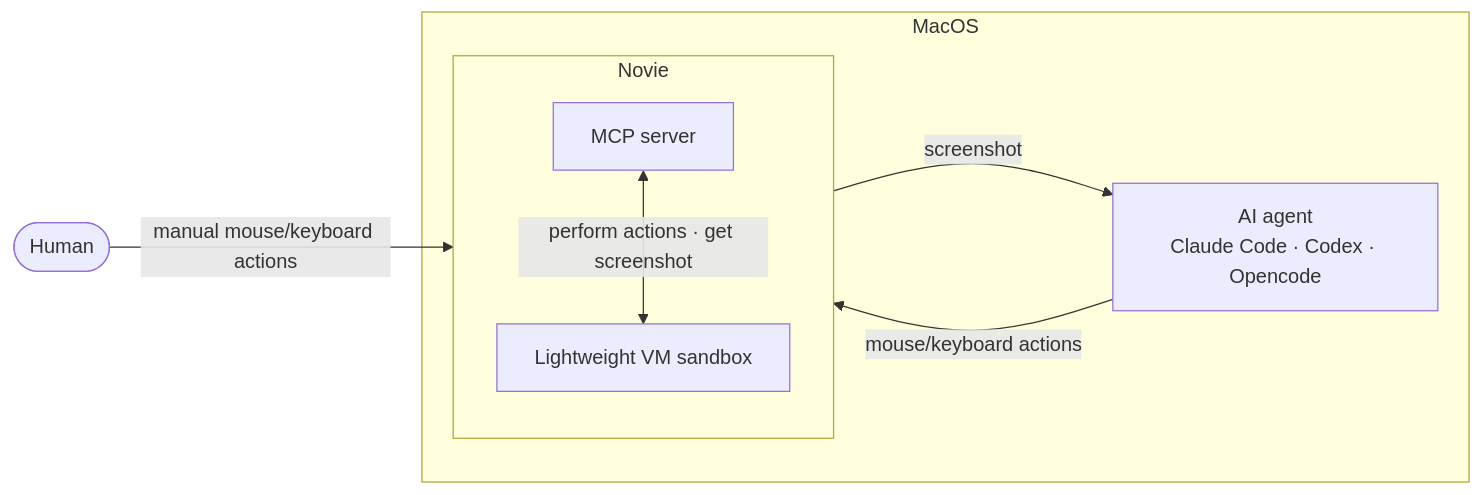
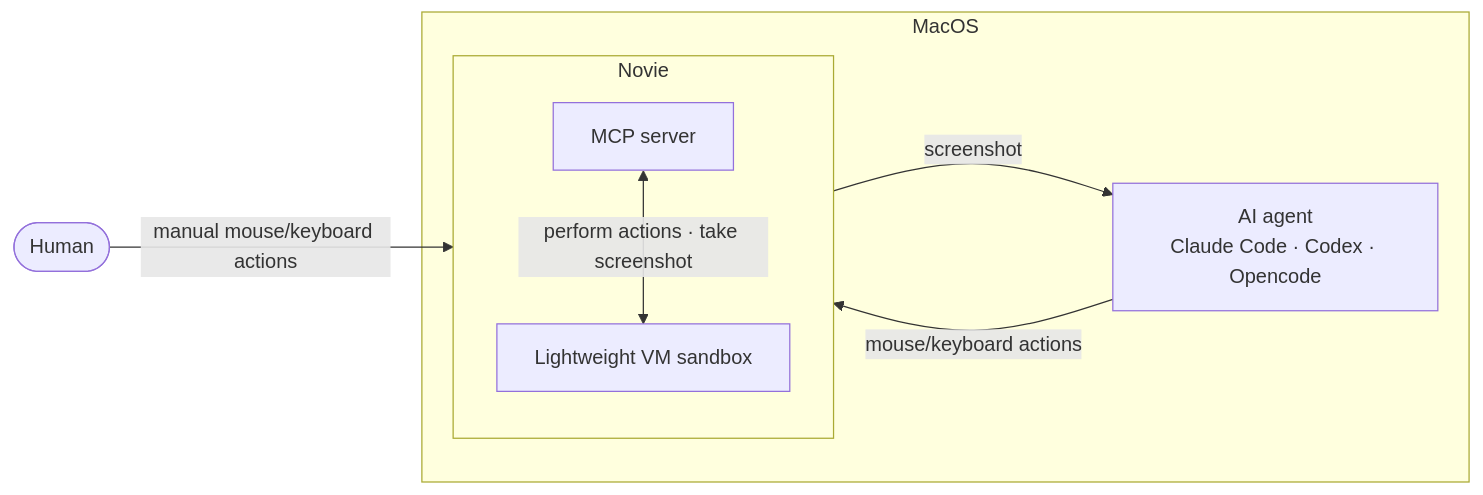
Before and after one commit to allenx123/novie: the diagram in README.md, drawn with Mermaid.

Commit message:
architecture diagram change

````diff
--- a/README.md
+++ b/README.md
@@ -44,19 +44,19 @@
 ```mermaid
 flowchart LR
     H(["Human"])
 
     subgraph mac["MacOS"]
         A["AI agent<br/>Claude Code · Codex · Opencode"]
 
         subgraph app["Novie"]
             direction TB
             MCP["MCP server"]
             VM["Lightweight VM sandbox"]
         end
     end
 
     H -- "manual mouse/keyboard actions" --> VM
     A -- "mouse/keyboard actions" --> MCP
     MCP -- "screenshot" --> A
-    MCP <-- "perform actions · get screenshot" --> VM
+    MCP <-- "perform actions · take screenshot" --> VM
 ```
````
